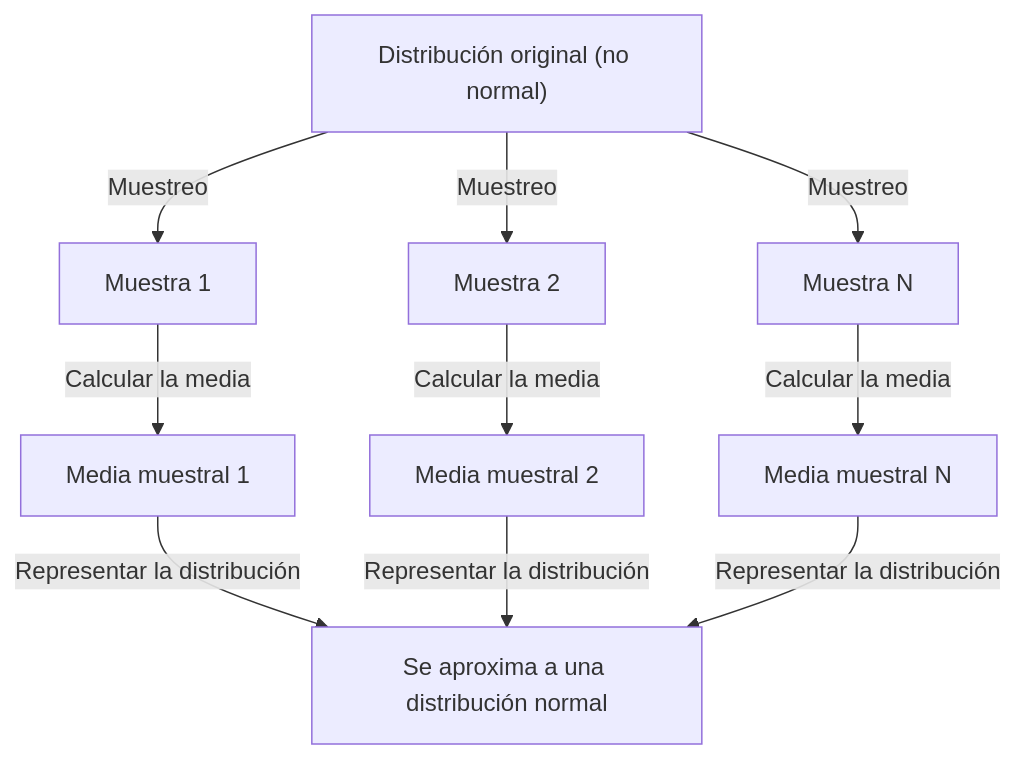
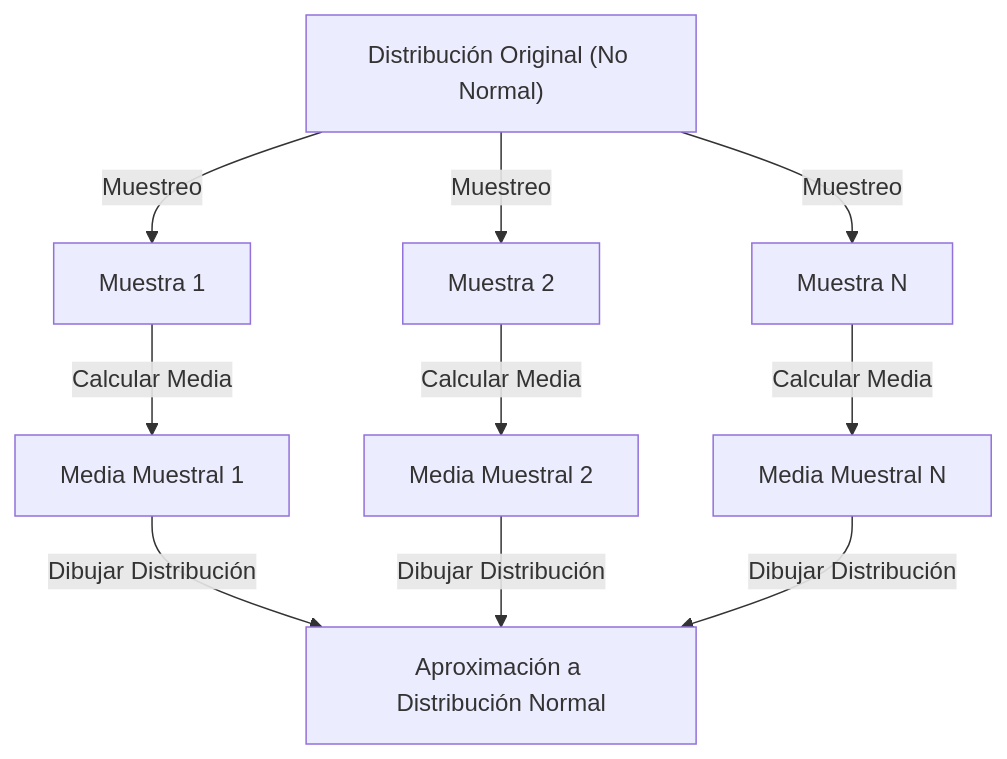
The diagram in content/post/central-limit-theorem/index.es.md (kenjinote/blog), drawn with Mermaid before and after one commit. The commit also changed other lines of this file and 97 other files, not shown here.

````diff
--- a/content/post/central-limit-theorem/index.es.md
+++ b/content/post/central-limit-theorem/index.es.md
@@ -47,12 +43,12 @@
 ```mermaid
 graph TD
-    A["Distribución original (no normal)"] -->|"Muestreo"| B["Muestra 1"]
+    A["Distribución Original (No Normal)"] -->|"Muestreo"| B["Muestra 1"]
     A -->|"Muestreo"| C["Muestra 2"]
     A -->|"Muestreo"| D["Muestra N"]
-    B -->|"Calcular la media"| E["Media muestral 1"]
-    C -->|"Calcular la media"| F["Media muestral 2"]
-    D -->|"Calcular la media"| G["Media muestral N"]
-    E -->|"Representar la distribución"| H["Se aproxima a una distribución normal"]
-    F -->|"Representar la distribución"| H
-    G -->|"Representar la distribución"| H
+    B -->|"Calcular Media"| E["Media Muestral 1"]
+    C -->|"Calcular Media"| F["Media Muestral 2"]
+    D -->|"Calcular Media"| G["Media Muestral N"]
+    E -->|"Dibujar Distribución"| H["Aproximación a Distribución Normal"]
+    F -->|"Dibujar Distribución"| H
+    G -->|"Dibujar Distribución"| H
 ```
````
